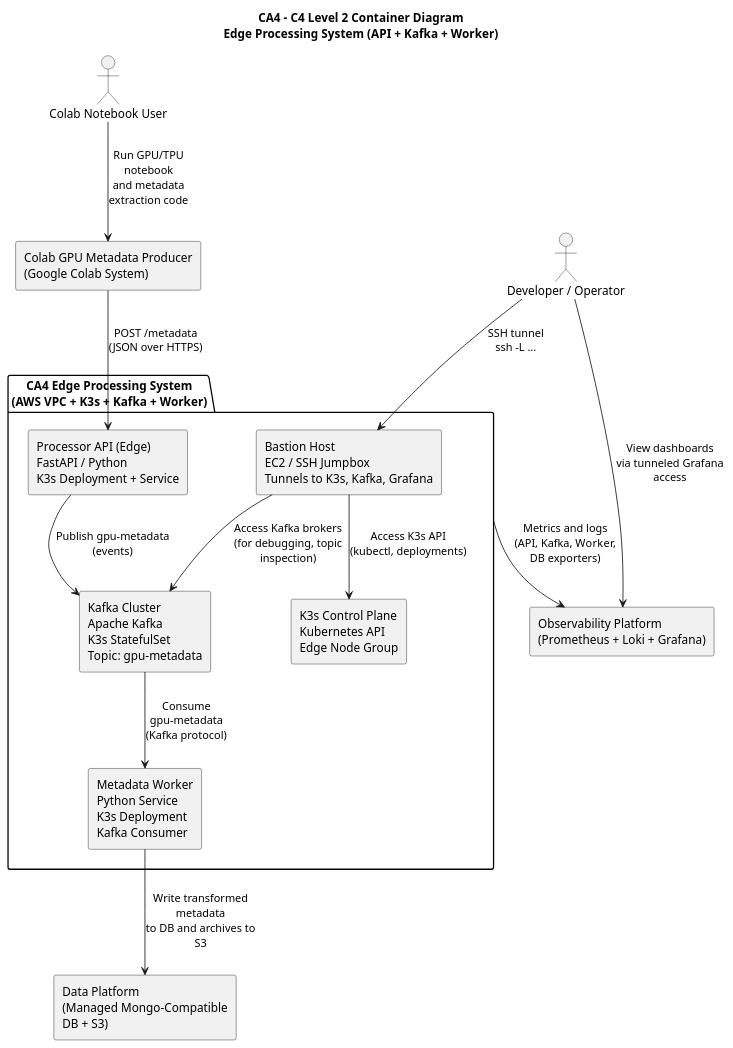
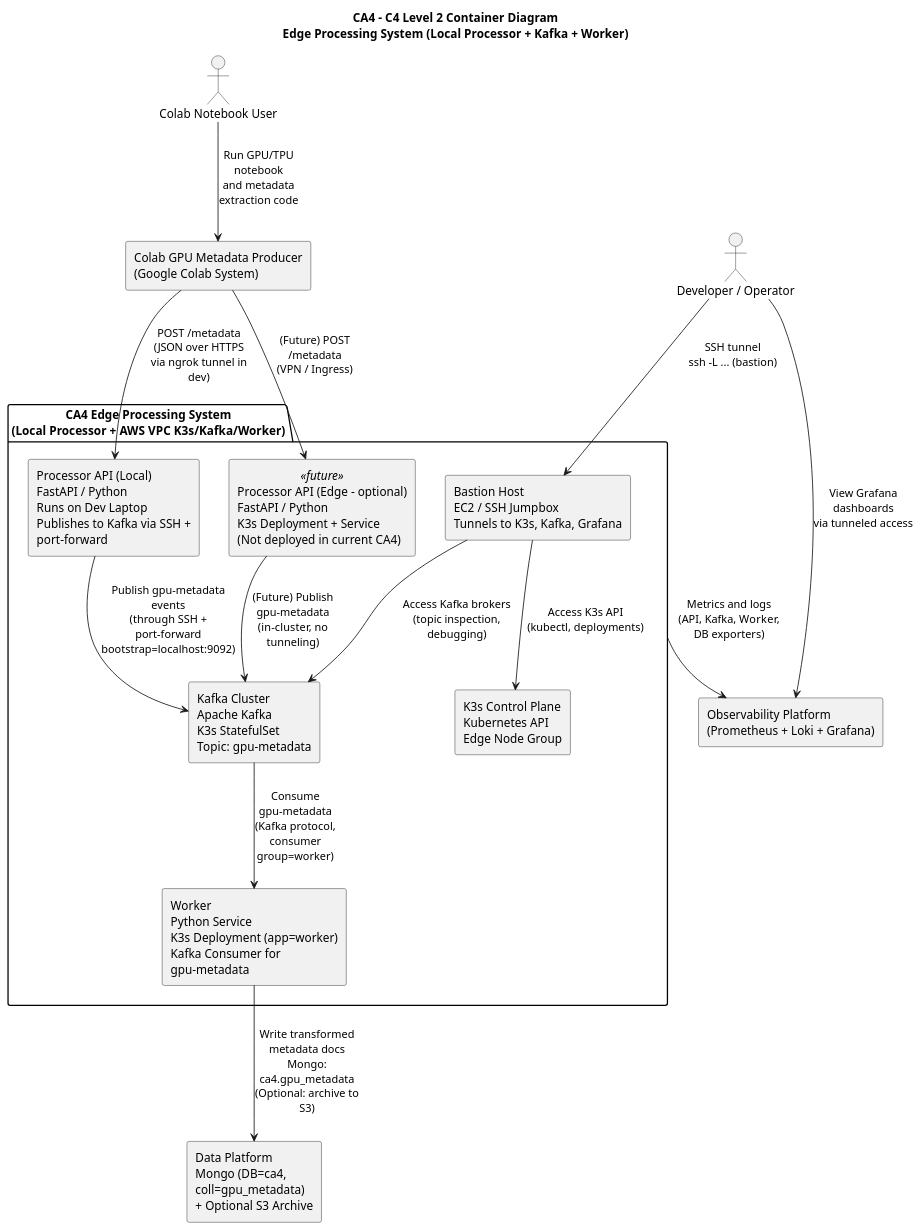
The diagram in CA4/diagrams/c2.puml (brobro10000/gpu-token-analytics-pipeline), drawn with PlantUML before and after one commit. The commit also changed 15 other files, not shown here.

```diff
--- a/CA4/diagrams/c2.puml
+++ b/CA4/diagrams/c2.puml
@@ -1,71 +1,77 @@
 @startuml CA4_C2_Container_Diagram
 
-title CA4 – C4 Level 2 Container Diagram\nEdge Processing System (API + Kafka + Worker)
+title CA4 – C4 Level 2 Container Diagram\nEdge Processing System (Local Processor + Kafka + Worker)
 
 skinparam shadowing false
 skinparam componentStyle rectangle
 skinparam defaultFontName Arial
 skinparam wrapWidth 220
 skinparam maxMessageSize 140
 
 ' -------------------------------------------------
 ' ACTORS
 ' -------------------------------------------------
 actor "Colab Notebook User" as COLAB_USER
 actor "Developer / Operator" as DEV_USER
 
 ' -------------------------------------------------
 ' EXTERNAL SYSTEMS
 ' -------------------------------------------------
 rectangle "Colab GPU Metadata Producer\n(Google Colab System)" as COLAB_SYS
 
-rectangle "Data Platform\n(Managed Mongo-Compatible DB + S3)" as DATA_PLATFORM
+rectangle "Data Platform\nMongo (DB=ca4, coll=gpu_metadata)\n+ Optional S3 Archive" as DATA_PLATFORM
 
 rectangle "Observability Platform\n(Prometheus + Loki + Grafana)" as OBS_PLATFORM
 
 ' -------------------------------------------------
 ' SYSTEM UNDER DESIGN: CA4 EDGE PROCESSING SYSTEM
 ' -------------------------------------------------
-package "CA4 Edge Processing System\n(AWS VPC + K3s + Kafka + Worker)" as CA4_SYS {
+package "CA4 Edge Processing System\n(Local Processor + AWS VPC K3s/Kafka/Worker)" as CA4_SYS {
 
-  rectangle "Processor API (Edge)\nFastAPI / Python\nK3s Deployment + Service" as API_EDGE
+  rectangle "Processor API (Local)\nFastAPI / Python\nRuns on Dev Laptop\nPublishes to Kafka via SSH + port-forward" as API_LOCAL
+
+  ' Optional future in-cluster Processor
+  rectangle "Processor API (Edge – optional)\nFastAPI / Python\nK3s Deployment + Service\n(Not deployed in current CA4)" as API_EDGE <<future>>
 
   rectangle "Kafka Cluster\nApache Kafka\nK3s StatefulSet\nTopic: gpu-metadata" as KAFKA
 
-  rectangle "Metadata Worker\nPython Service\nK3s Deployment\nKafka Consumer" as WORKER
+  rectangle "Worker\nPython Service\nK3s Deployment (app=worker)\nKafka Consumer for gpu-metadata" as WORKER
 
   rectangle "Bastion Host\nEC2 / SSH Jumpbox\nTunnels to K3s, Kafka, Grafana" as BASTION
 
-  ' optional: represent K3s as infra container
   rectangle "K3s Control Plane\nKubernetes API\nEdge Node Group" as K3S_CTRL
 }
 
 ' -------------------------------------------------
 ' RELATIONSHIPS – DATA FLOW AND CONTROL
 ' -------------------------------------------------
 
 ' User -> Colab system
 COLAB_USER --> COLAB_SYS : Run GPU/TPU notebook\nand metadata extraction code
 
-' Colab -> CA4 system
-COLAB_SYS --> API_EDGE : POST /metadata\n(JSON over HTTPS)
+' Colab -> Local Processor in CA4 system
+COLAB_SYS --> API_LOCAL : POST /metadata\n(JSON over HTTPS\nvia ngrok tunnel in dev)
 
-' API -> Kafka inside CA4 system
-API_EDGE --> KAFKA : Publish gpu-metadata\n(events)
+' Local Processor -> Kafka inside CA4 system
+API_LOCAL --> KAFKA : Publish gpu-metadata events\n(through SSH + port-forward\nbootstrap=localhost:9092)
 
-' Worker -> Kafka
-KAFKA --> WORKER : Consume gpu-metadata\n(Kafka protocol)
+' Optional future direct Colab -> Edge API path
+COLAB_SYS --> API_EDGE : (Future) POST /metadata\n(VPN / Ingress)
+API_EDGE --> KAFKA : (Future) Publish gpu-metadata\n(in-cluster, no tunneling)
+
+' Kafka -> Worker
+KAFKA --> WORKER : Consume gpu-metadata\n(Kafka protocol, consumer group=worker)
 
 ' CA4 system -> Data Platform
-WORKER --> DATA_PLATFORM : Write transformed metadata\nto DB and archives to S3
+WORKER --> DATA_PLATFORM : Write transformed metadata docs\nMongo: ca4.gpu_metadata\n(Optional: archive to S3)
 
 ' Observability flows (high level)
 CA4_SYS --> OBS_PLATFORM : Metrics and logs\n(API, Kafka, Worker, DB exporters)
 
 ' Dev / operator control interactions
-DEV_USER --> BASTION : SSH tunnel\nssh -L ...
+DEV_USER --> BASTION : SSH tunnel\nssh -L ... (bastion)
 BASTION --> K3S_CTRL : Access K3s API\n(kubectl, deployments)
-BASTION --> KAFKA : Access Kafka brokers\n(for debugging, topic inspection)
-DEV_USER --> OBS_PLATFORM : View dashboards\nvia tunneled Grafana access
+BASTION --> KAFKA : Access Kafka brokers\n(topic inspection, debugging)
+DEV_USER --> OBS_PLATFORM : View Grafana dashboards\nvia tunneled access
 
 @enduml
```
